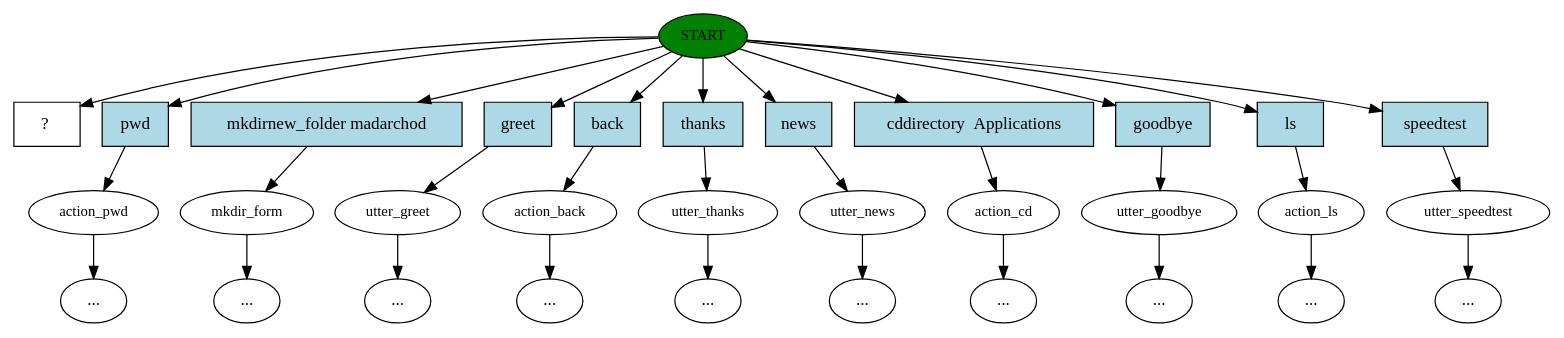
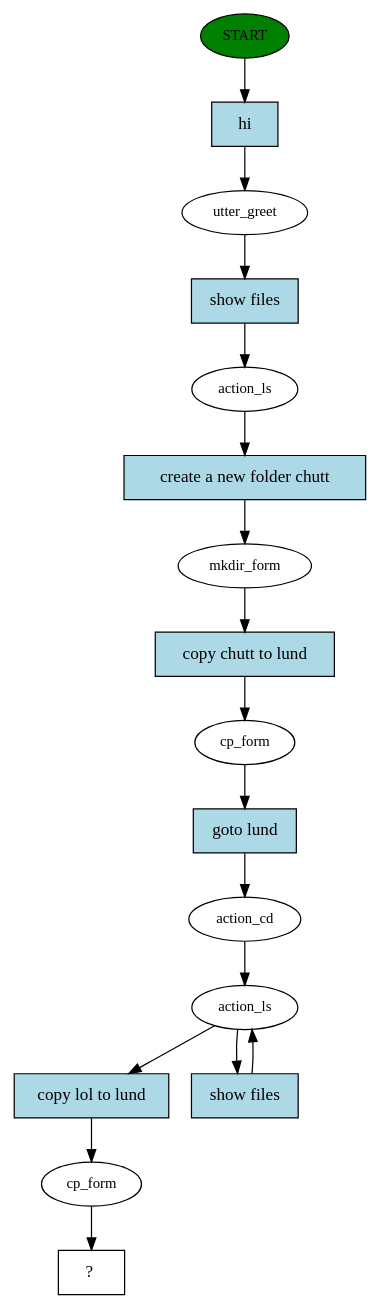
Before and after one commit to tanmaysinghal98/chatbot: the diagram in story_graph.dot, drawn with Graphviz. The commit also changed 19 other files, not shown here.

```diff
--- a/story_graph.dot
+++ b/story_graph.dot
@@ -1,65 +1,34 @@
 digraph  {
 0 [class="start active", fillcolor=green, fontsize=12, label=START, style=filled];
-1 [class="", fontsize=12, label=action_pwd];
-"-3" [class=ellipsis, label="..."];
-2 [class="", fontsize=12, label=mkdir_form];
-3 [class="", fontsize=12, label=utter_greet];
-5 [class="", fontsize=12, label=action_back];
-"-7" [class=ellipsis, label="..."];
-6 [class="", fontsize=12, label=utter_thanks];
-"-8" [class=ellipsis, label="..."];
-7 [class="", fontsize=12, label=utter_news];
-"-9" [class=ellipsis, label="..."];
-8 [class="", fontsize=12, label=action_cd];
-"-10" [class=ellipsis, label="..."];
-9 [class="", fontsize=12, label=utter_goodbye];
-"-11" [class=ellipsis, label="..."];
-10 [class="", fontsize=12, label=action_ls];
-"-12" [class=ellipsis, label="..."];
-11 [class="", fontsize=12, label=utter_speedtest];
-"-13" [class=ellipsis, label="..."];
-"-14" [class=ellipsis, label="..."];
-"-15" [class=ellipsis, label="..."];
-14 [class="intent dashed active", label="  ?  ", shape=rect];
-15 [class=intent, fillcolor=lightblue, label=pwd, shape=rect, style=filled];
-16 [class=intent, fillcolor=lightblue, label="mkdirnew_folder madarchod", shape=rect, style=filled];
-17 [class=intent, fillcolor=lightblue, label=greet, shape=rect, style=filled];
-18 [class=intent, fillcolor=lightblue, label=back, shape=rect, style=filled];
-19 [class=intent, fillcolor=lightblue, label=thanks, shape=rect, style=filled];
-20 [class=intent, fillcolor=lightblue, label=news, shape=rect, style=filled];
-21 [class=intent, fillcolor=lightblue, label="cddirectory  Applications", shape=rect, style=filled];
-22 [class=intent, fillcolor=lightblue, label=goodbye, shape=rect, style=filled];
-23 [class=intent, fillcolor=lightblue, label=ls, shape=rect, style=filled];
-24 [class=intent, fillcolor=lightblue, label=speedtest, shape=rect, style=filled];
-0 -> 14  [class=active, key=NONE, label=""];
-0 -> 15  [class="", key=0];
-0 -> 16  [class="", key=0];
-0 -> 17  [class="", key=0];
-0 -> 18  [class="", key=0];
-0 -> 19  [class="", key=0];
-0 -> 20  [class="", key=0];
-0 -> 21  [class="", key=0];
-0 -> 22  [class="", key=0];
-0 -> 23  [class="", key=0];
-0 -> 24  [class="", key=0];
-1 -> "-3"  [class="", key=NONE, label=""];
-2 -> "-14"  [class="", key=NONE, label=""];
-3 -> "-15"  [class="", key=NONE, label=""];
-5 -> "-7"  [class="", key=NONE, label=""];
-6 -> "-8"  [class="", key=NONE, label=""];
-7 -> "-9"  [class="", key=NONE, label=""];
-8 -> "-10"  [class="", key=NONE, label=""];
-9 -> "-11"  [class="", key=NONE, label=""];
-10 -> "-12"  [class="", key=NONE, label=""];
-11 -> "-13"  [class="", key=NONE, label=""];
-15 -> 1  [class="", key=0];
-16 -> 2  [class="", key=0];
-17 -> 3  [class="", key=0];
-18 -> 5  [class="", key=0];
-19 -> 6  [class="", key=0];
-20 -> 7  [class="", key=0];
-21 -> 8  [class="", key=0];
-22 -> 9  [class="", key=0];
-23 -> 10  [class="", key=0];
-24 -> 11  [class="", key=0];
+1 [class=active, fontsize=12, label=utter_greet];
+2 [class=active, fontsize=12, label=action_ls];
+3 [class=active, fontsize=12, label=mkdir_form];
+4 [class=active, fontsize=12, label=cp_form];
+5 [class=active, fontsize=12, label=action_cd];
+6 [class=active, fontsize=12, label=action_ls];
+8 [class=active, fontsize=12, label=cp_form];
+9 [class="intent dashed active", label="  ?  ", shape=rect];
+10 [class="intent active", fillcolor=lightblue, label=hi, shape=rect, style=filled];
+11 [class="intent active", fillcolor=lightblue, label="show files", shape=rect, style=filled];
+12 [class="intent active", fillcolor=lightblue, label="create a new folder chutt", shape=rect, style=filled];
+13 [class="intent active", fillcolor=lightblue, label="copy chutt to lund", shape=rect, style=filled];
+14 [class="intent active", fillcolor=lightblue, label="goto lund", shape=rect, style=filled];
+15 [class="intent active", fillcolor=lightblue, label="copy lol to lund", shape=rect, style=filled];
+16 [class="intent active", fillcolor=lightblue, label="show files", shape=rect, style=filled];
+0 -> 10  [class=active, key=0];
+1 -> 11  [class=active, key=0];
+2 -> 12  [class=active, key=0];
+3 -> 13  [class=active, key=0];
+4 -> 14  [class=active, key=0];
+5 -> 6  [class=active, key=NONE, label=""];
+6 -> 15  [class=active, key=0];
+6 -> 16  [class=active, key=0];
+8 -> 9  [class=active, key=NONE, label=""];
+10 -> 1  [class=active, key=0];
+11 -> 2  [class=active, key=0];
+12 -> 3  [class=active, key=0];
+13 -> 4  [class=active, key=0];
+14 -> 5  [class=active, key=0];
+15 -> 8  [class=active, key=0];
+16 -> 6  [class=active, key=0];
 }
```
